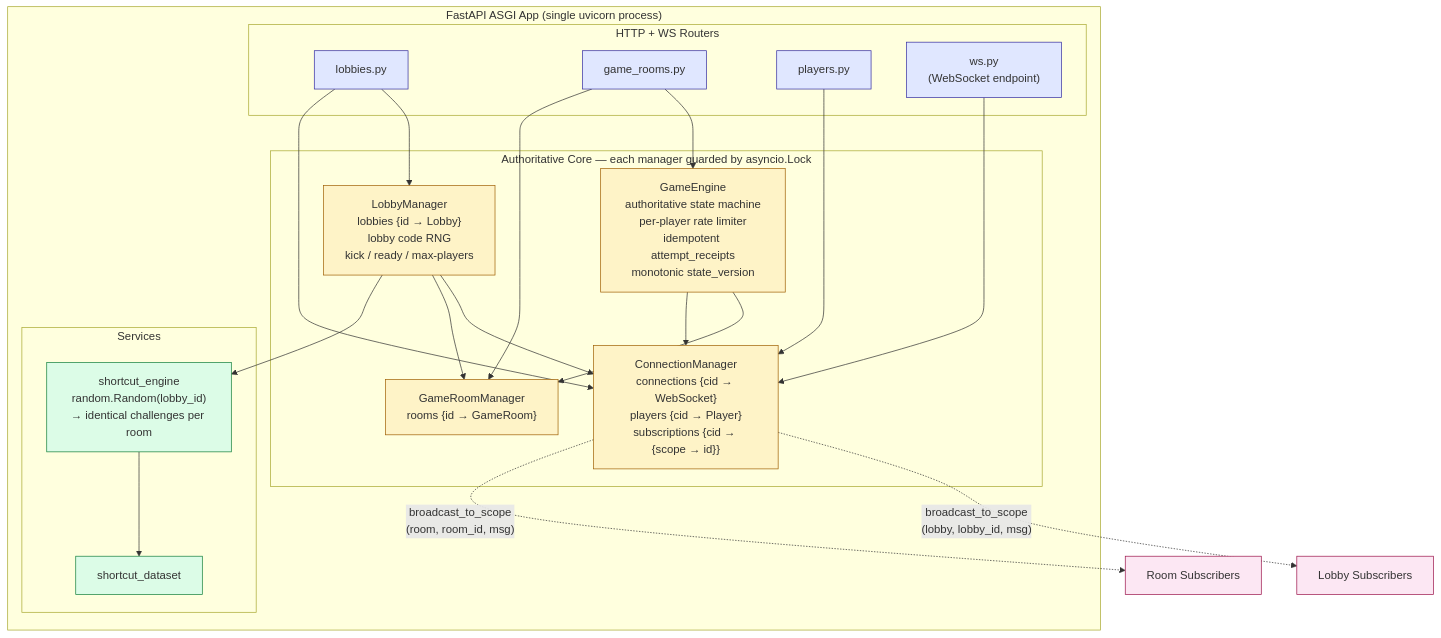
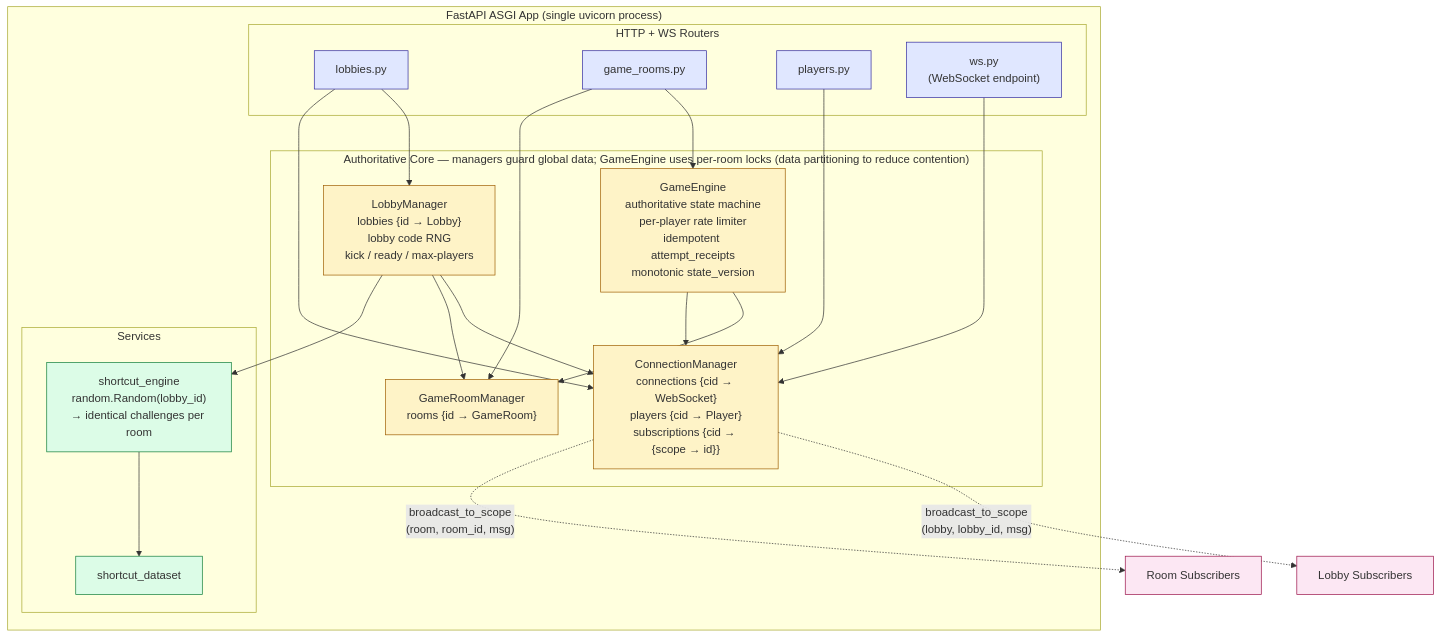
Before and after one commit to potakaaa/shortcut-showdown-api: the first of 2 diagrams in README.md, drawn with Mermaid. The commit also changed other lines of this file, not shown here.

Commit message:
docs: document GameEngine per-room locks (reduce contention)

````diff
--- a/README.md
+++ b/README.md
@@ -47,49 +47,49 @@
 ```mermaid
 flowchart TB
   subgraph FastAPI["FastAPI ASGI App (single uvicorn process)"]
     subgraph Routers["HTTP + WS Routers"]
       R1[lobbies.py]
       R2[game_rooms.py]
       R3[players.py]
       R4["ws.py<br/>(WebSocket endpoint)"]
     end
 
-    subgraph Core["Authoritative Core — each manager guarded by asyncio.Lock"]
+    subgraph Core["Authoritative Core — managers guard global data; GameEngine uses per-room locks (data partitioning to reduce contention)"]
       CM["ConnectionManager<br/>connections {cid → WebSocket}<br/>players {cid → Player}<br/>subscriptions {cid → {scope → id}}"]
       LM["LobbyManager<br/>lobbies {id → Lobby}<br/>lobby code RNG<br/>kick / ready / max-players"]
       GRM["GameRoomManager<br/>rooms {id → GameRoom}"]
       GE["GameEngine<br/>authoritative state machine<br/>per-player rate limiter<br/>idempotent attempt_receipts<br/>monotonic state_version"]
     end
 
     subgraph Services["Services"]
       SE["shortcut_engine<br/>random.Random(lobby_id)<br/>→ identical challenges per room"]
       SD[shortcut_dataset]
     end
 
     R1 --> LM
     R1 --> CM
     R2 --> GE
     R2 --> GRM
     R3 --> CM
     R4 --> CM
 
     LM --> CM
     LM --> GRM
     LM --> SE
     GE --> GRM
     GE --> CM
     SE --> SD
   end
 
   CM -.->|"broadcast_to_scope<br/>(lobby, lobby_id, msg)"| L1["Lobby Subscribers"]
   CM -.->|"broadcast_to_scope<br/>(room, room_id, msg)"| L2["Room Subscribers"]
 
   classDef router fill:#e0e7ff,stroke:#3730a3
   classDef core fill:#fef3c7,stroke:#a16207
   classDef service fill:#dcfce7,stroke:#15803d
   classDef sub fill:#fce7f3,stroke:#9d174d
   class R1,R2,R3,R4 router
   class CM,LM,GRM,GE core
   class SE,SD service
   class L1,L2 sub
 ```
````
